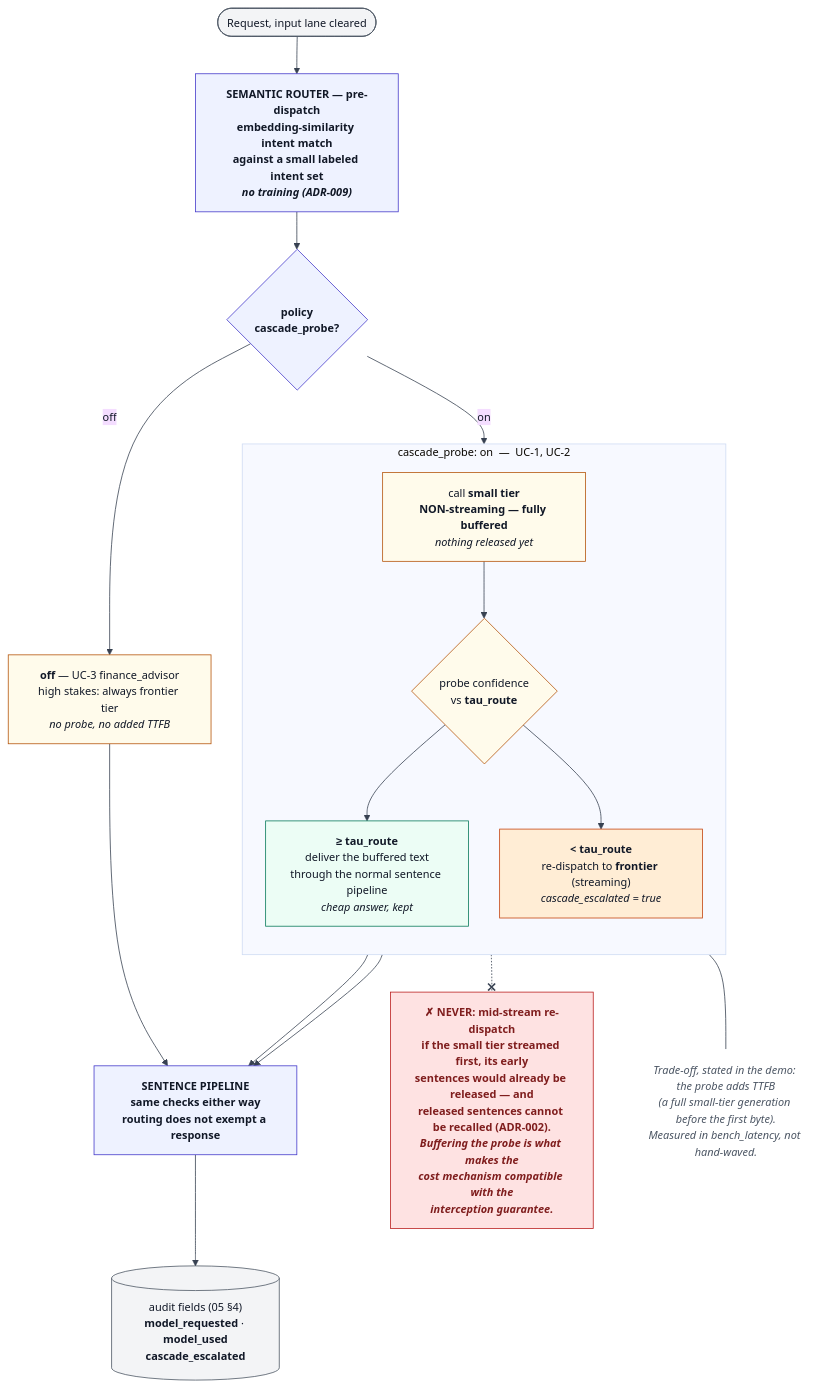
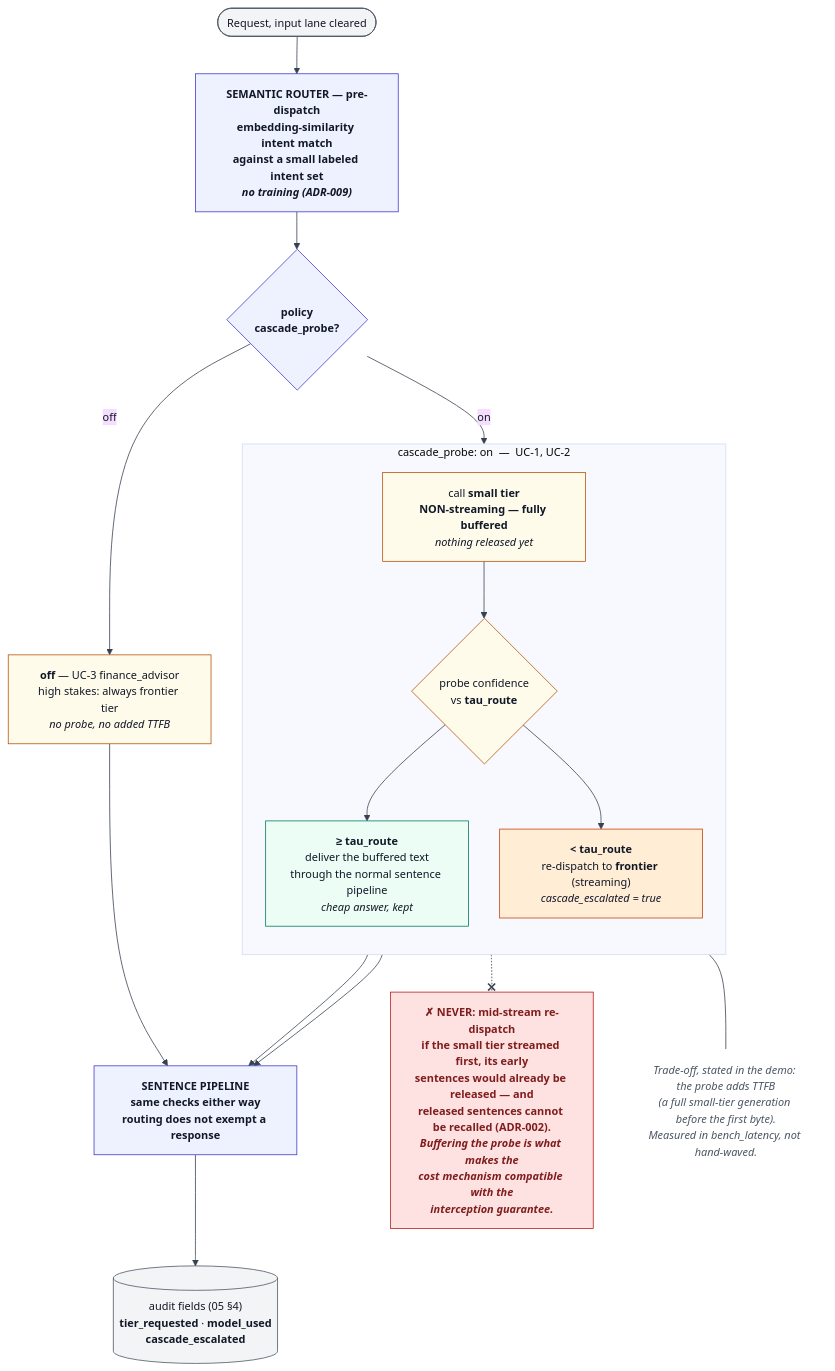
Before and after one commit to harshitsaini17/controlplane-ai: the diagram in docs/diagrams/07-cascade-mechanics.mmd, drawn with Mermaid. The commit also changed 6 other files, not shown here.

First line of the commit message:
docs: escape two docs/05 table rows, fix diagram 07, drop stale renders

```diff
--- a/docs/diagrams/07-cascade-mechanics.mmd
+++ b/docs/diagrams/07-cascade-mechanics.mmd
@@ -1,56 +1,56 @@
 %%{init: {"theme":"base","themeVariables":{"fontFamily":"Inter, Segoe UI, Helvetica, Arial, sans-serif","fontSize":"14px","primaryTextColor":"#111827","lineColor":"#374151"},"flowchart":{"curve":"basis","nodeSpacing":40,"rankSpacing":48}}}%%
 %% Source: ADR-013 (cascade mechanics) + ADR-009 (two tiers) + ADR-002 (no recall) + 05 4 (audit fields).
 %% Claim: the probe is fully buffered BECAUSE a mid-stream re-dispatch would collide with the no-recall rule.
 flowchart TB
 
   REQ(["Request, input lane cleared"])
   ROUTE["<b>SEMANTIC ROUTER &mdash; pre-dispatch</b><br/>embedding-similarity intent match<br/>against a small labeled intent set<br/><i>no training (ADR-009)</i>"]
   GATE{"policy<br/><b>cascade_probe</b>?"}
 
   OFF["<b>off</b> &mdash; UC-3 finance_advisor<br/>high stakes: always frontier tier<br/><i>no probe, no added TTFB</i>"]
 
   subgraph PROBE["cascade_probe: on &nbsp;&mdash;&nbsp; UC-1, UC-2"]
     direction TB
     P1["call <b>small tier</b><br/><b>NON-streaming &mdash; fully buffered</b><br/><i>nothing released yet</i>"]
     P2{"probe confidence<br/>vs <b>tau_route</b>"}
     P3["<b>&ge; tau_route</b><br/>deliver the buffered text<br/>through the normal sentence pipeline<br/><i>cheap answer, kept</i>"]
     P4["<b>&lt; tau_route</b><br/>re-dispatch to <b>frontier</b> (streaming)<br/><i>cascade_escalated = true</i>"]
     P1 --> P2
     P2 --> P3
     P2 --> P4
   end
 
   PIPE["<b>SENTENCE PIPELINE</b><br/>same checks either way<br/>routing does not exempt a response"]
 
-  AUDIT[("audit fields (05 &sect;4)<br/><b>model_requested</b> &middot; <b>model_used</b><br/><b>cascade_escalated</b>")]
+  AUDIT[("audit fields (05 &sect;4)<br/><b>tier_requested</b> &middot; <b>model_used</b><br/><b>cascade_escalated</b>")]
 
   FORBID["<b>✗ NEVER: mid-stream re-dispatch</b><br/>if the small tier streamed first, its early<br/>sentences would already be released &mdash; and<br/>released sentences cannot be recalled (ADR-002).<br/><i>Buffering the probe is what makes the<br/>cost mechanism compatible with the<br/>interception guarantee.</i>"]
 
   COST["<i>Trade-off, stated in the demo: the probe adds TTFB<br/>(a full small-tier generation before the first byte).<br/>Measured in bench_latency, not hand-waved.</i>"]
 
   REQ --> ROUTE --> GATE
   GATE -->|"off"| OFF
   GATE -->|"on"| P1
   OFF --> PIPE
   P3 --> PIPE
   P4 --> PIPE
   PIPE --> AUDIT
   PROBE -.-x FORBID
   PROBE --- COST
 
   classDef ctrl fill:#eef2ff,stroke:#4338ca,color:#111827,font-weight:bold
   classDef cost fill:#fffbeb,stroke:#b45309,color:#111827
   classDef keep fill:#ecfdf5,stroke:#047857,color:#111827
   classDef esc fill:#ffedd5,stroke:#c2410c,color:#111827
   classDef bad fill:#fee2e2,stroke:#b91c1c,color:#7f1d1d,font-weight:bold
   classDef note fill:#ffffff,stroke:#ffffff,color:#4b5563
   classDef store fill:#f3f4f6,stroke:#4b5563,color:#111827
 
   class ROUTE,GATE,PIPE ctrl
   class P1,P2,OFF cost
   class P3 keep
   class P4 esc
   class FORBID bad
   class COST note
   class AUDIT store
   class REQ store
```
